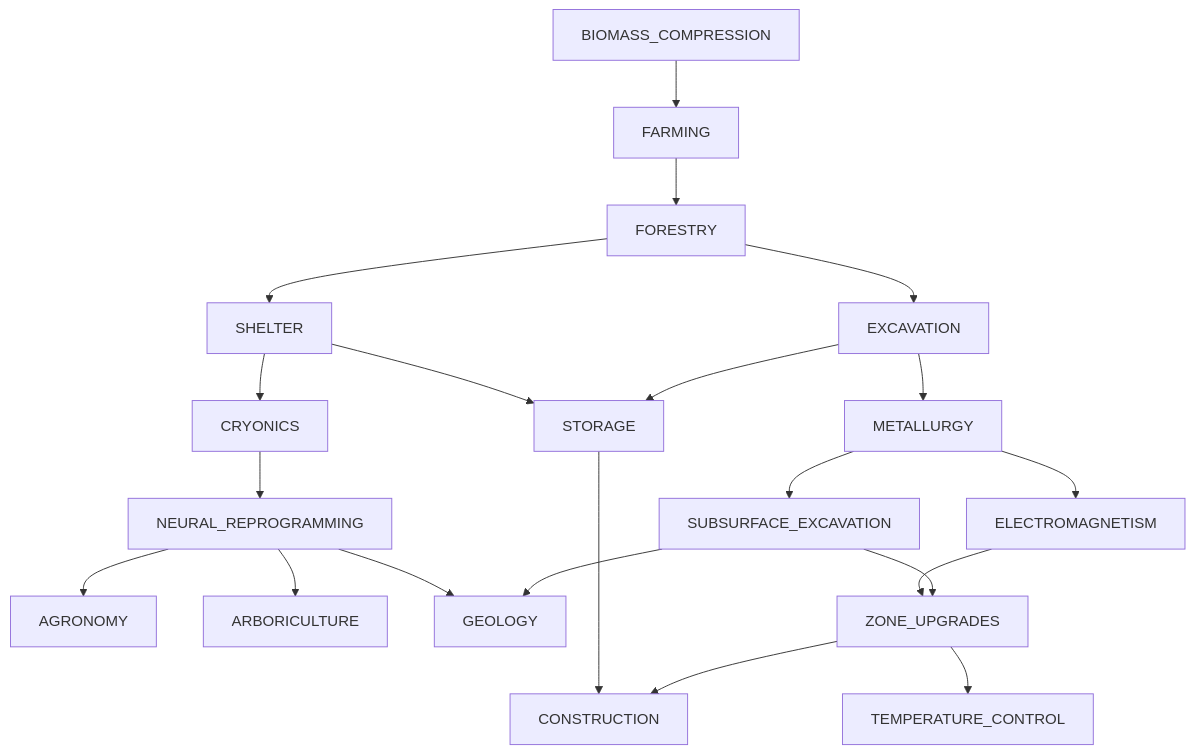
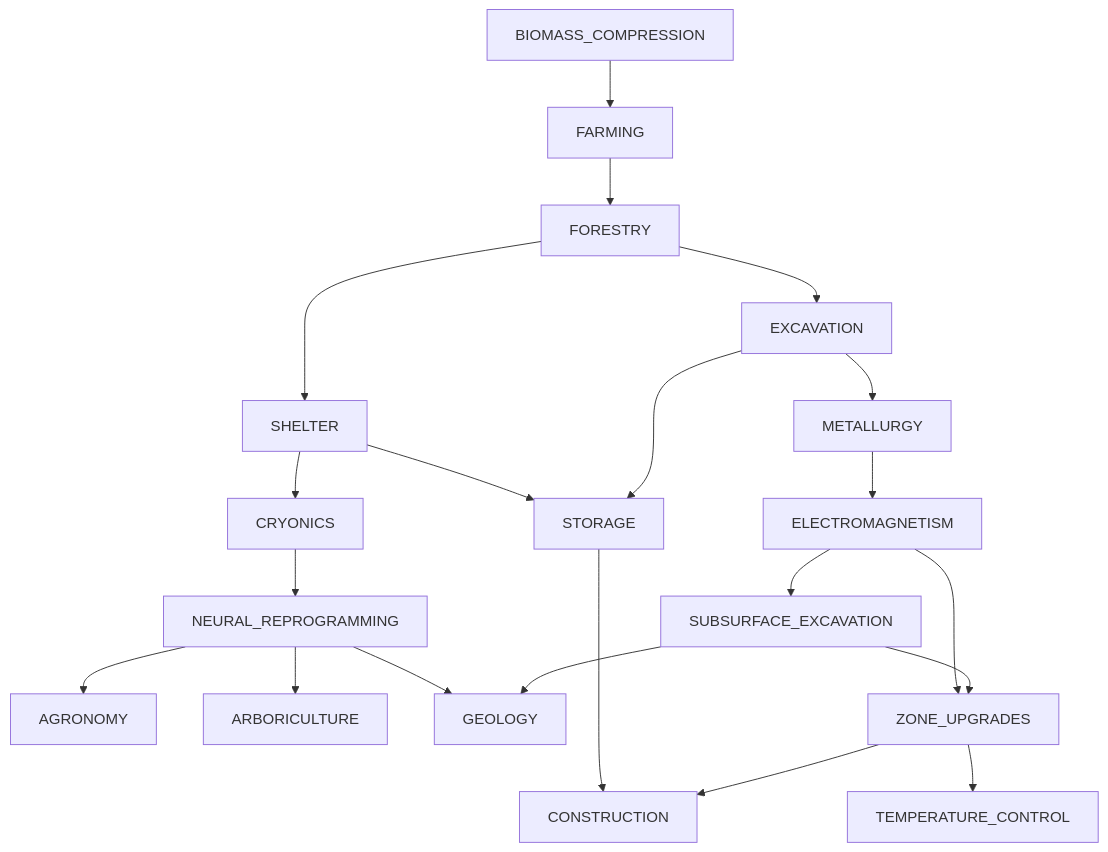
Before and after one commit to krnsk0/idler: the diagram in docs/TECH_TREE.md, drawn with Mermaid. The commit also changed 3 other files, not shown here.

````diff
--- a/docs/TECH_TREE.md
+++ b/docs/TECH_TREE.md
@@ -6,24 +6,24 @@
 ```mermaid
 flowchart TD;
   BIOMASS_COMPRESSION --> FARMING
   FARMING --> FORESTRY
   SHELTER --> CRYONICS
   SHELTER --> STORAGE
   CRYONICS --> NEURAL_REPROGRAMMING
   NEURAL_REPROGRAMMING --> AGRONOMY
   NEURAL_REPROGRAMMING --> ARBORICULTURE
   NEURAL_REPROGRAMMING --> GEOLOGY
   FORESTRY --> SHELTER
   FORESTRY --> EXCAVATION
   STORAGE --> CONSTRUCTION
   EXCAVATION --> METALLURGY
   EXCAVATION --> STORAGE
   METALLURGY --> ELECTROMAGNETISM
-  METALLURGY --> SUBSURFACE_EXCAVATION
   ELECTROMAGNETISM --> ZONE_UPGRADES
+  ELECTROMAGNETISM --> SUBSURFACE_EXCAVATION
   SUBSURFACE_EXCAVATION --> GEOLOGY
   SUBSURFACE_EXCAVATION --> ZONE_UPGRADES
   ZONE_UPGRADES --> CONSTRUCTION
   ZONE_UPGRADES --> TEMPERATURE_CONTROL
 
 ```
````
